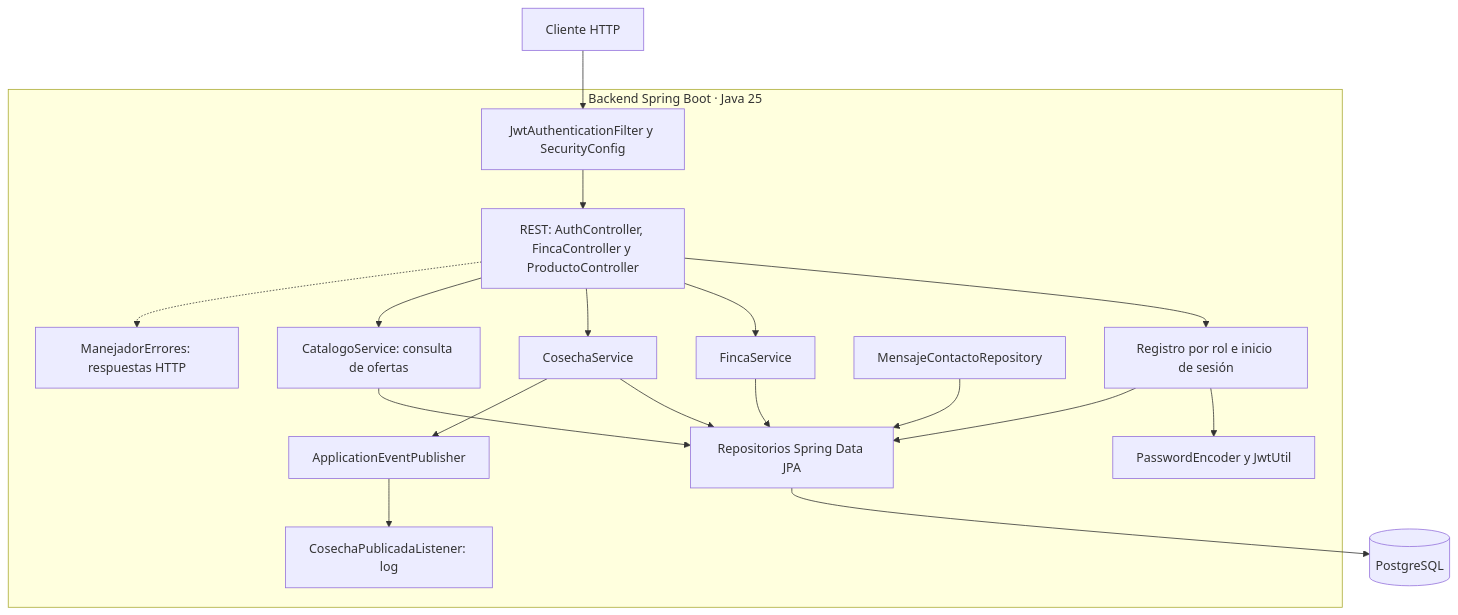
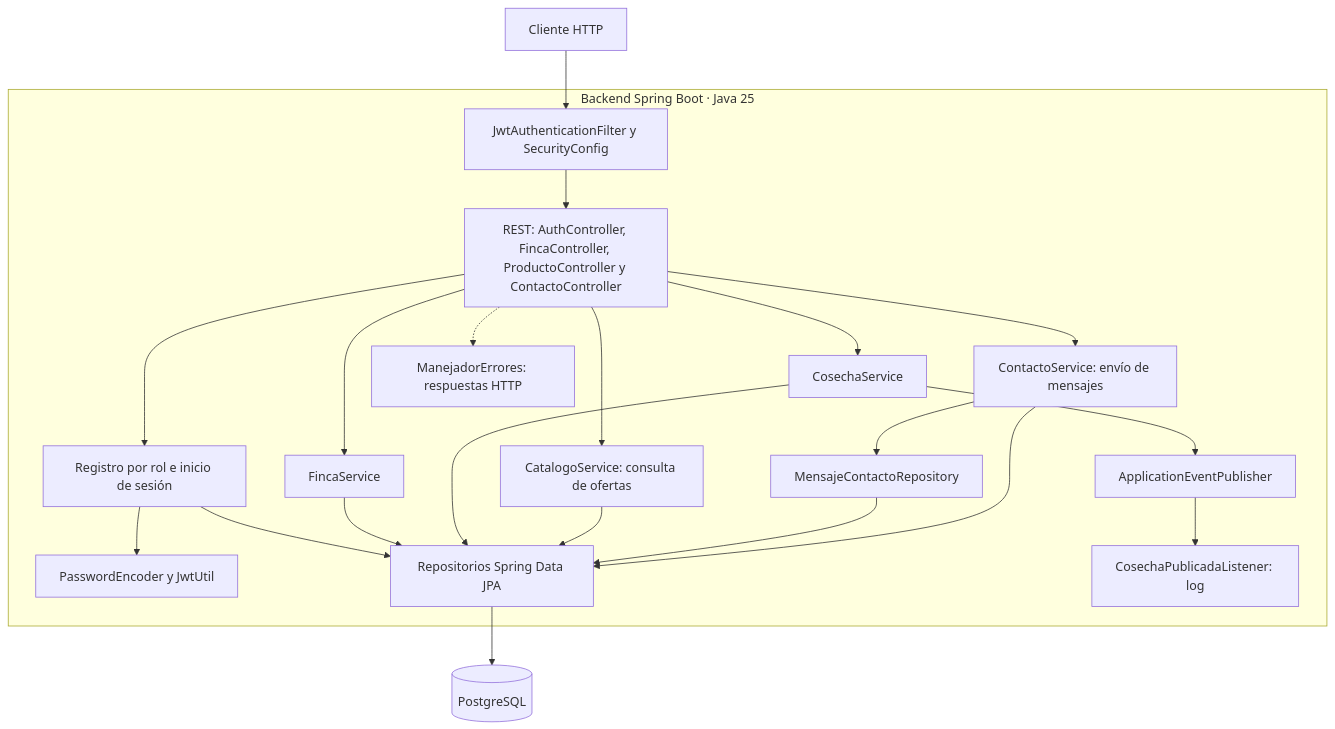
The fourth of 7 diagrams in docs/architecture/diagramas-uml.md (Angel-uniajc/AgrovalleConnect), drawn with Mermaid before and after one commit. The commit also changed 2 other files, not shown here.

Commit message:
docs(HU-05): actualizar el estado y los componentes del contacto

````diff
--- a/docs/architecture/diagramas-uml.md
+++ b/docs/architecture/diagramas-uml.md
@@ -133,21 +133,24 @@
 ```mermaid
 flowchart TB
     Cliente["Cliente HTTP"] --> Seguridad["JwtAuthenticationFilter y SecurityConfig"]
     subgraph Backend["Backend Spring Boot · Java 25"]
-        Seguridad --> Controladores["REST: AuthController, FincaController y ProductoController"]
+        Seguridad --> Controladores["REST: AuthController, FincaController, ProductoController y ContactoController"]
         Controladores --> Auth["Registro por rol e inicio de sesión"]
         Controladores --> Fincas["FincaService"]
         Controladores --> Cosechas["CosechaService"]
         Auth --> Credenciales["PasswordEncoder y JwtUtil"]
         Auth --> JPA["Repositorios Spring Data JPA"]
         Fincas --> JPA
         Cosechas --> JPA
         Cosechas --> Eventos["ApplicationEventPublisher"]
         Eventos --> Observer["CosechaPublicadaListener: log"]
         Controladores --> Catalogo["CatalogoService: consulta de ofertas"]
         Catalogo --> JPA
-        Contacto["MensajeContactoRepository"] --> JPA
+        Controladores --> Contacto["ContactoService: envío de mensajes"]
+        Contacto --> ContactoRepo["MensajeContactoRepository"]
+        ContactoRepo --> JPA
+        Contacto --> JPA
         Controladores -.-> Errores["ManejadorErrores: respuestas HTTP"]
     end
     JPA --> DB[("PostgreSQL")]
 ```
````
